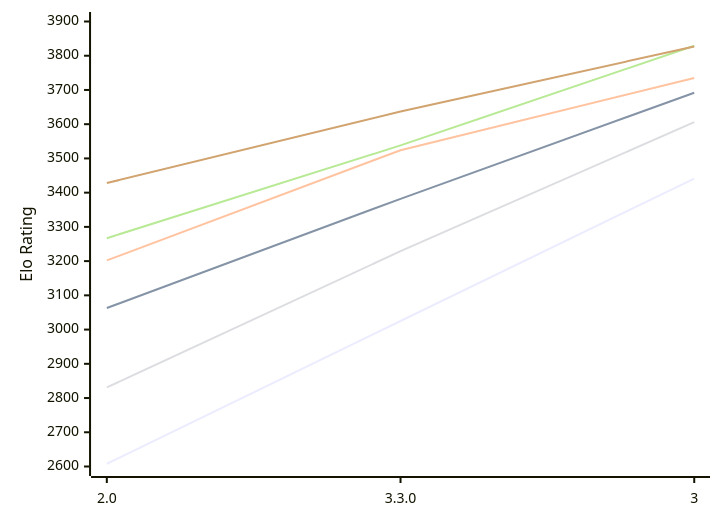
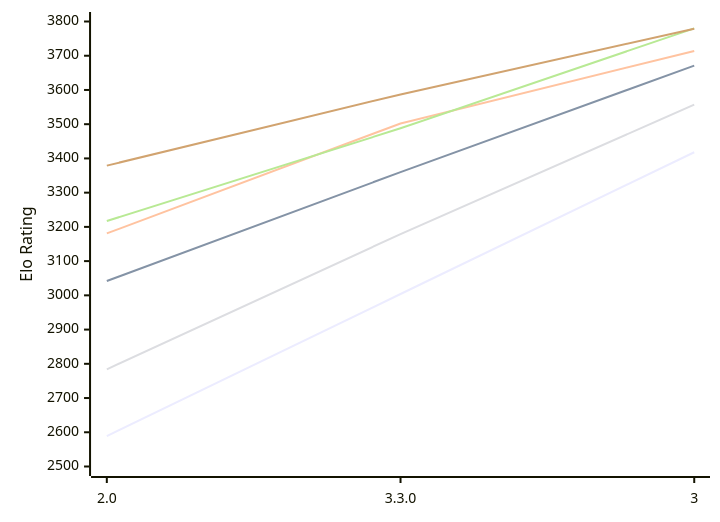
One commit to computer-chess-index/cci changed the diagram in engines/Ravager.md. Above: the diagram before and after it, drawn with Mermaid. The commit also changed other lines of this file, not shown here.

Commit message:
Update CCI Ratings (ELO VLTC) - 2026-11-08

````diff
--- a/engines/Ravager.md
+++ b/engines/Ravager.md
@@ -51,12 +51,12 @@
 ```mermaid
 %%{init: {"theme":"base","themeVariables":{"seriesColors:['#a3a3a3','#222221','#faa371']}}}%%
 xychart-beta
   x-axis ["2.0", "3.3.0", "3"]
-  y-axis "Elo Rating" 2600 --> 3900
-  line "E1: STC (8.0+0.08s)" [2608, 3025, 3441]
-  line "E1: LTC (60.0+0.60s)" [3063, 3382, 3692]
-  line "E1: VLTC (2m24s+1.12s)" [3202, 3524, 3735]
-  line "P1: STC (8.0+0.08s)" [2831, 3229, 3606]
-  line "P1: LTC (60.0+0.60s)" [3267, 3538, 3829]
-  line "P1: VLTC (2m24s+1.12s)" [3428, 3637, 3827]
+  y-axis "Elo Rating" 2500 --> 3800
+  line "E1: STC (8.0+0.08s)" [2589, 3004, 3418]
+  line "E1: LTC (60.0+0.60s)" [3042, 3360, 3671]
+  line "E1: VLTC (2m24s+1.12s)" [3181, 3502, 3714]
+  line "P1: STC (8.0+0.08s)" [2784, 3179, 3557]
+  line "P1: LTC (60.0+0.60s)" [3217, 3488, 3780]
+  line "P1: VLTC (2m24s+1.12s)" [3379, 3587, 3779]
 ```
````
